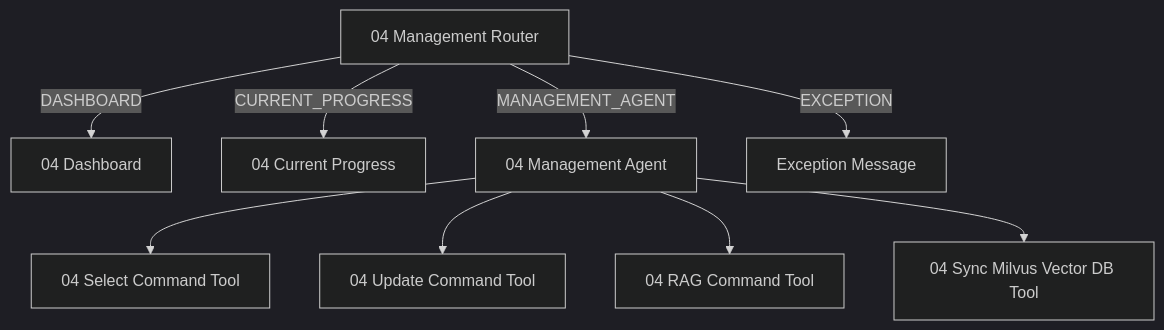
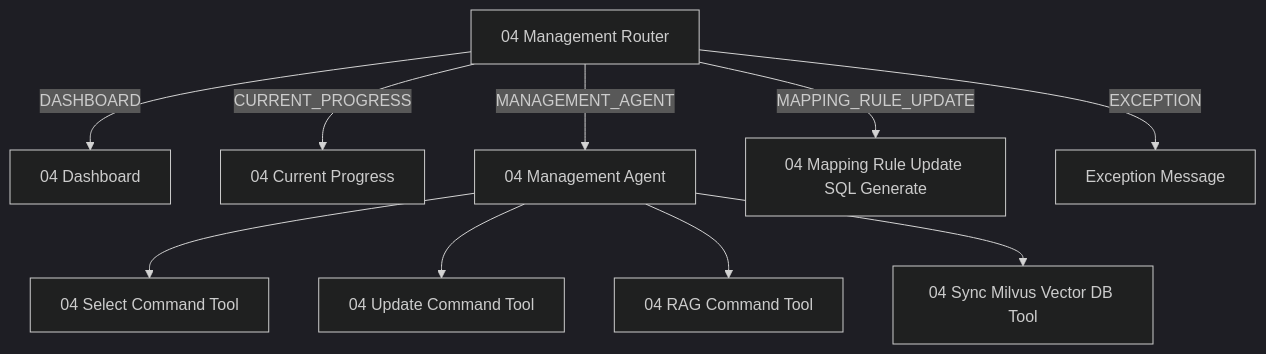
The second of 4 diagrams in smartMigrate_2.0_Langflow/00_guide/00_architecture_chapter2_chat_management.md (seongikjin227-jpg/refactoring_smartMigrate), drawn with Mermaid (dark theme) before and after one commit. The commit also changed other lines of this file and 28 other files, not shown here.

````diff
--- a/smartMigrate_2.0_Langflow/00_guide/00_architecture_chapter2_chat_management.md
+++ b/smartMigrate_2.0_Langflow/00_guide/00_architecture_chapter2_chat_management.md
@@ -61,11 +30,12 @@
 ```mermaid
 flowchart TD
     M[04 Management Router] -->|DASHBOARD| DASH[04 Dashboard]
     M -->|CURRENT_PROGRESS| PROG[04 Current Progress]
     M -->|MANAGEMENT_AGENT| QA[04 Management Agent]
     QA --> TOOL_SELECT[04 Select Command Tool]
     QA --> TOOL_UPDATE[04 Update Command Tool]
     QA --> TOOL_RAG[04 RAG Command Tool]
     QA --> TOOL_SYNC[04 Sync Milvus Vector DB Tool]
+    M -->|MAPPING_RULE_UPDATE| MAP[04 Mapping Rule Update SQL Generate]
     M -->|EXCEPTION| EX[Exception Message]
 ```
````
